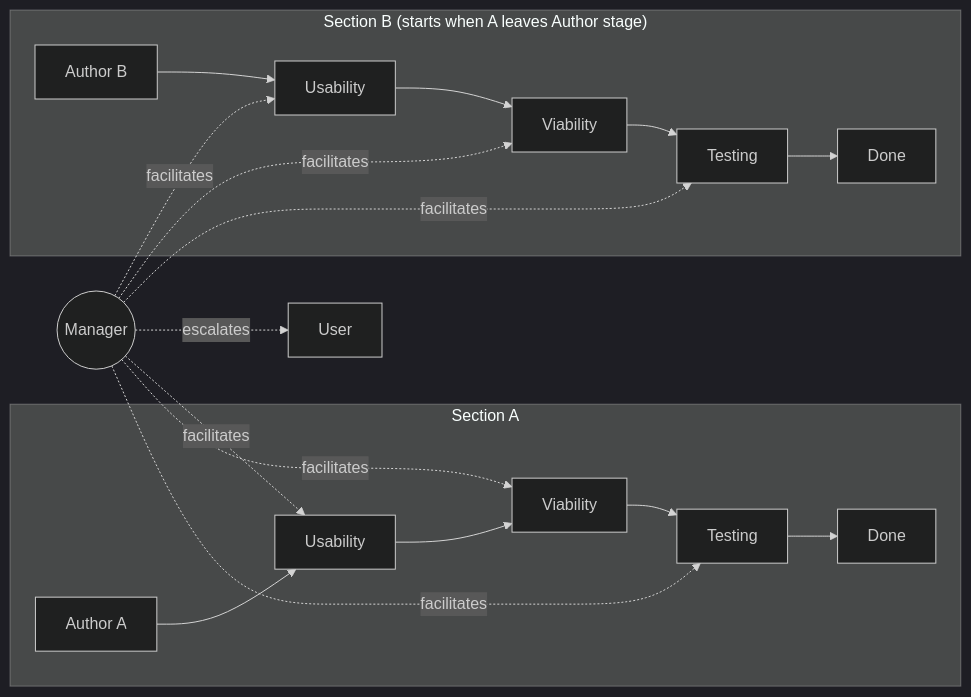
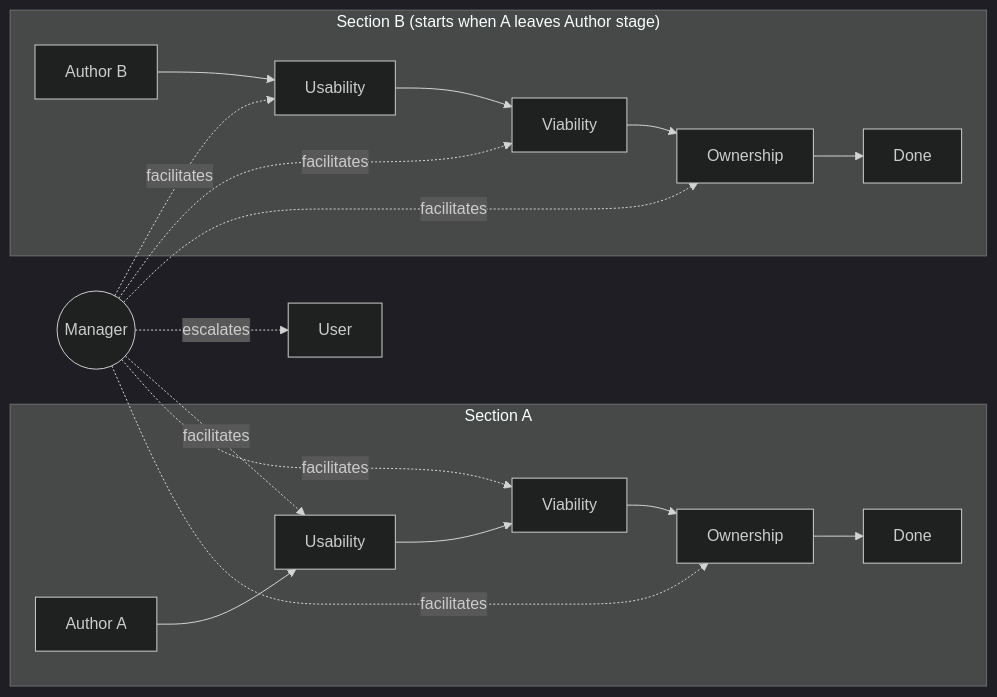
One commit to deepily/planning-is-prompting changed the first of 3 diagrams in src/rnd/2026.05.17-cascaded-plan-review-pipeline.md. Above: the diagram before and after it, drawn with Mermaid (dark theme). The commit also changed other lines of this file and 10 other files, not shown here.

````diff
--- a/src/rnd/2026.05.17-cascaded-plan-review-pipeline.md
+++ b/src/rnd/2026.05.17-cascaded-plan-review-pipeline.md
@@ -31,17 +31,17 @@
 ```mermaid
 flowchart LR
     subgraph "Section A"
-      A1[Author A] --> A2[Usability] --> A3[Viability] --> A4[Testing] --> A5[Done]
+      A1[Author A] --> A2[Usability] --> A3[Viability] --> A4[Ownership] --> A5[Done]
     end
     subgraph "Section B (starts when A leaves Author stage)"
-      B1[Author B] --> B2[Usability] --> B3[Viability] --> B4[Testing] --> B5[Done]
+      B1[Author B] --> B2[Usability] --> B3[Viability] --> B4[Ownership] --> B5[Done]
     end
     Manager((Manager))
     Manager -.facilitates.-> A2
     Manager -.facilitates.-> A3
     Manager -.facilitates.-> A4
     Manager -.facilitates.-> B2
     Manager -.facilitates.-> B3
     Manager -.facilitates.-> B4
     Manager -. escalates .-> User[User]
 ```
````
